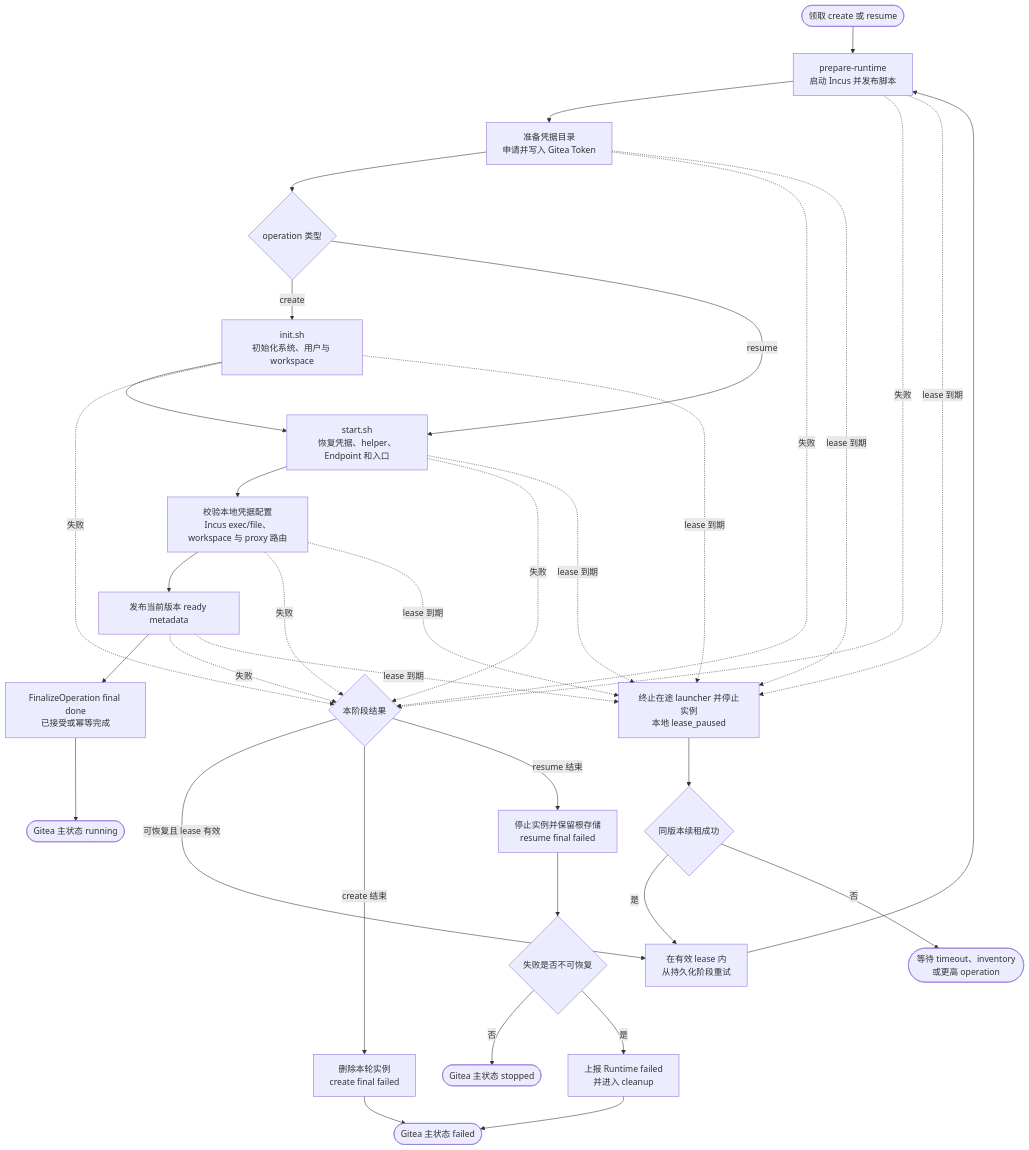
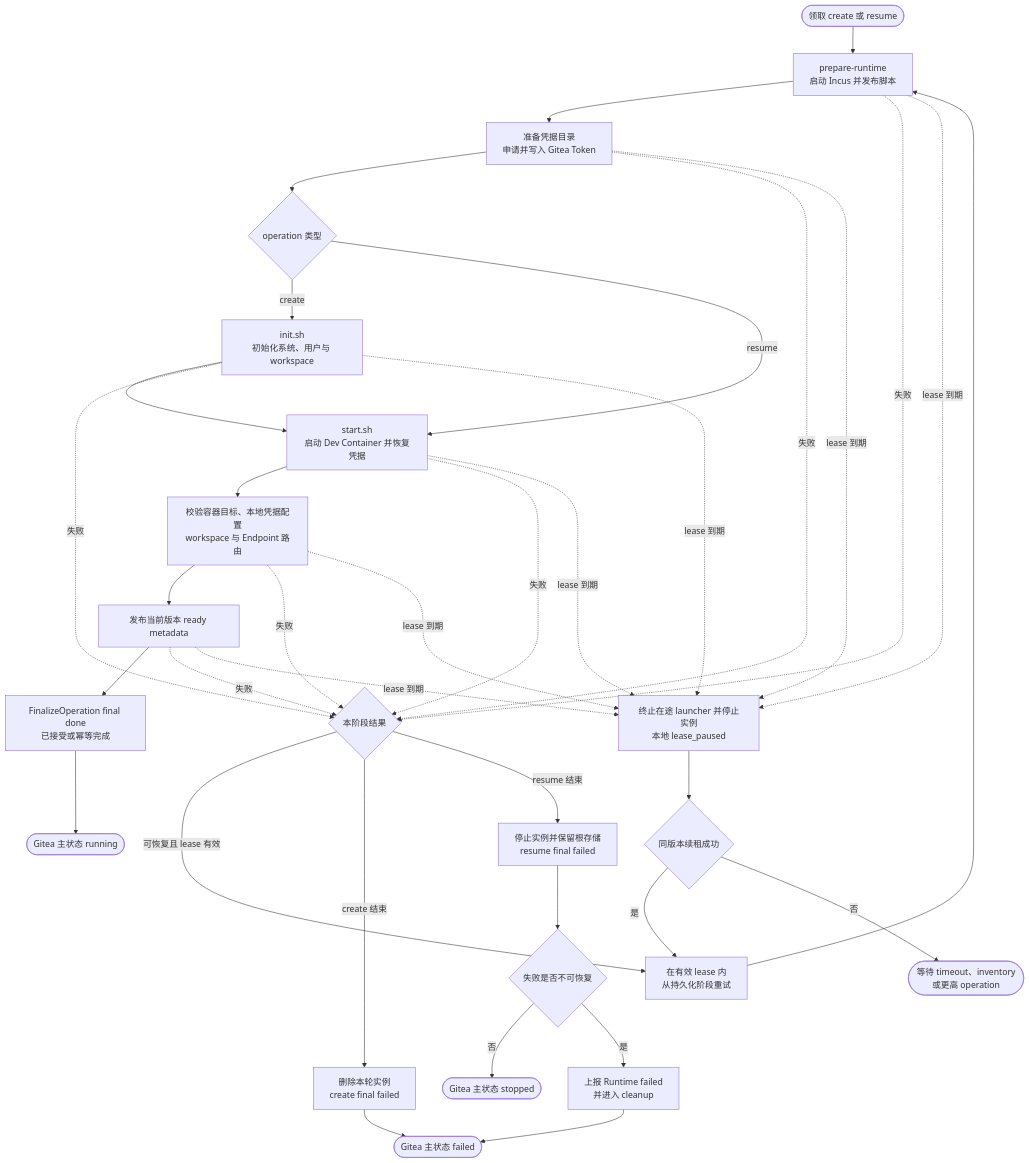
Before and after one commit to ExplodingDragon/gitea-dev: the second of 3 diagrams in src/lifecycle-flows.md, drawn with Mermaid. The commit also changed other lines of this file and 11 other files, not shown here.

Commit message:
docs(codespace): align Dev Container Web IDE design

````diff
--- a/src/lifecycle-flows.md
+++ b/src/lifecycle-flows.md
@@ -213,54 +178,54 @@
 ```mermaid
 flowchart TB
     begin([领取 create 或 resume])
     prepare[prepare-runtime<br/>启动 Incus 并发布脚本]
     credentials[准备凭据目录<br/>申请并写入 Gitea Token]
     operation{operation 类型}
     init[init.sh<br/>初始化系统、用户与 workspace]
-    start[start.sh<br/>恢复凭据、helper、Endpoint 和入口]
-    validate[校验本地凭据配置<br/>Incus exec/file、workspace 与 proxy 路由]
+    start[start.sh<br/>启动 Dev Container 并恢复凭据]
+    validate[校验容器目标、本地凭据配置<br/>workspace 与 Endpoint 路由]
     publish[发布当前版本 ready metadata]
     finalize[FinalizeOperation final done<br/>已接受或幂等完成]
     running([Gitea 主状态 running])
     classify{本阶段结果}
     retry[在有效 lease 内<br/>从持久化阶段重试]
     paused[终止在途 launcher 并停止实例<br/>本地 lease_paused]
     renewed{同版本续租成功}
     reconcile([等待 timeout、inventory<br/>或更高 operation])
     createFailed[删除本轮实例<br/>create final failed]
     resumeStopped[停止实例并保留根存储<br/>resume final failed]
     resumeResult{失败是否不可恢复}
     reportFailed[上报 Runtime failed<br/>并进入 cleanup]
     failed([Gitea 主状态 failed])
     stopped([Gitea 主状态 stopped])
 
     begin --> prepare --> credentials
     credentials --> operation
     operation -- create --> init
     operation -- resume --> start
     init --> start
     start --> validate
     validate --> publish --> finalize --> running
 
     prepare -. 失败 .-> classify
     credentials -. 失败 .-> classify
     init -. 失败 .-> classify
     start -. 失败 .-> classify
     validate -. 失败 .-> classify
     publish -. 失败 .-> classify
     classify -- 可恢复且 lease 有效 --> retry --> prepare
     classify -- create 结束 --> createFailed --> failed
     classify -- resume 结束 --> resumeStopped --> resumeResult
     resumeResult -- 否 --> stopped
     resumeResult -- 是 --> reportFailed --> failed
 
     prepare -. lease 到期 .-> paused
     credentials -. lease 到期 .-> paused
     init -. lease 到期 .-> paused
     start -. lease 到期 .-> paused
     validate -. lease 到期 .-> paused
     publish -. lease 到期 .-> paused
     paused --> renewed
     renewed -- 是 --> retry
     renewed -- 否 --> reconcile
 ```
````
